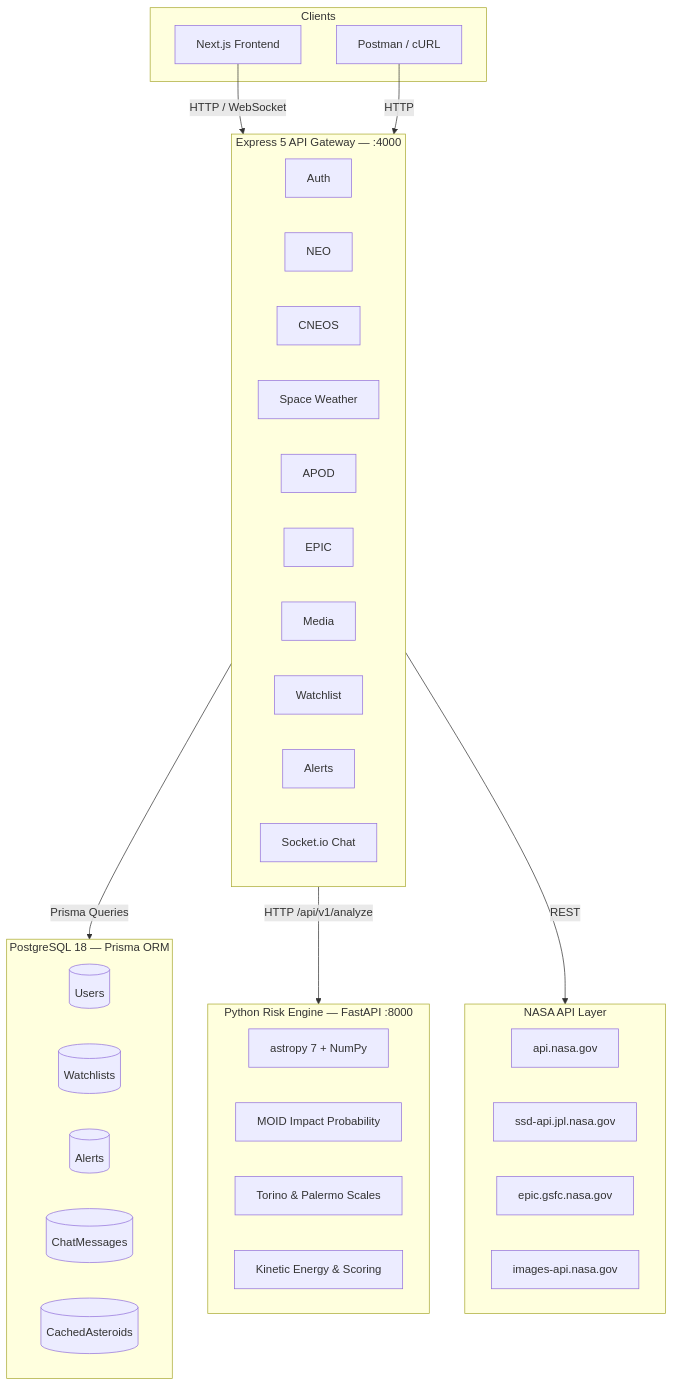
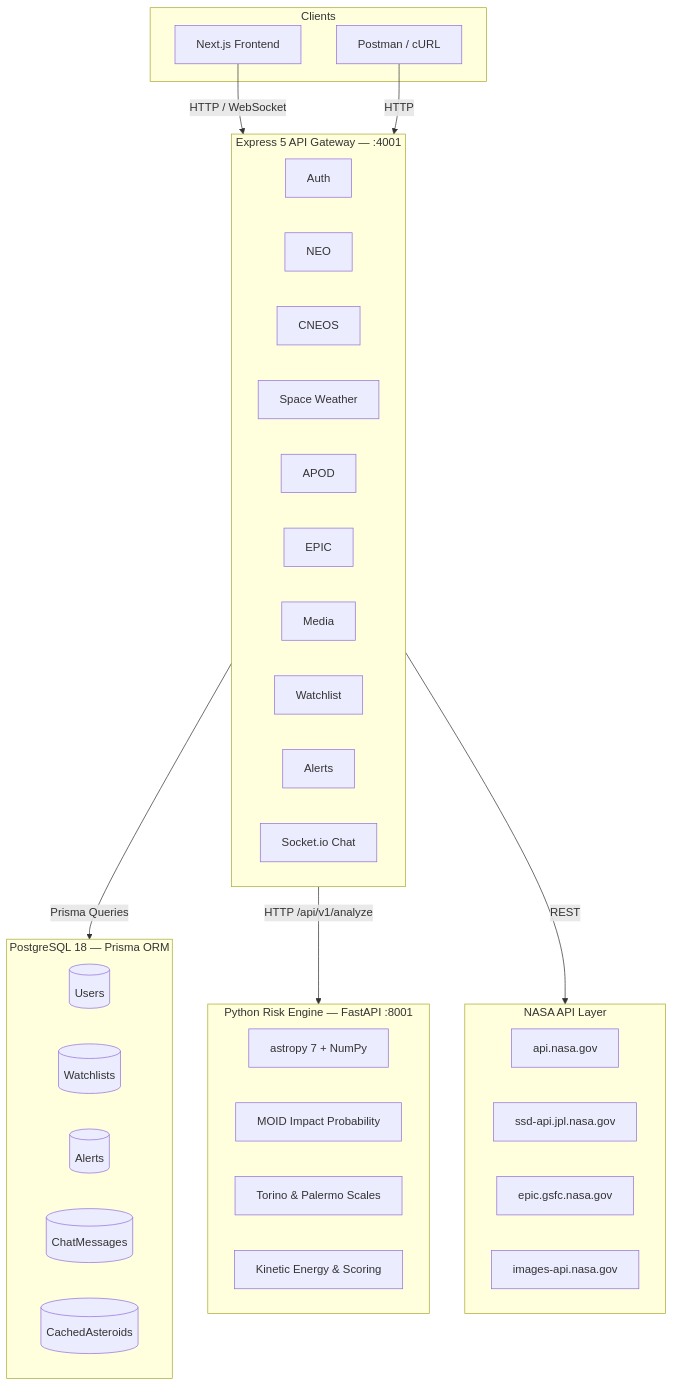
One commit to rudra-sah00/cosmic-watch-backend changed the first of 4 diagrams in README.md. Above: the diagram before and after it, drawn with Mermaid. The commit also changed other lines of this file and 8 other files, not shown here.

````diff
--- a/README.md
+++ b/README.md
@@ -20,49 +20,49 @@
 ```mermaid
 graph TB
     subgraph Clients
         FE["Next.js Frontend"]
         PM["Postman / cURL"]
     end
 
-    subgraph Gateway["Express 5 API Gateway — :4000"]
+    subgraph Gateway["Express 5 API Gateway — :4001"]
         direction LR
         AUTH["Auth"]
         NEO["NEO"]
         CNEOS["CNEOS"]
         SW["Space Weather"]
         APOD["APOD"]
         EPIC["EPIC"]
         MEDIA["Media"]
         WL["Watchlist"]
         AL["Alerts"]
         WS["Socket.io Chat"]
     end
 
     subgraph DB["PostgreSQL 18 — Prisma ORM"]
         Users[(Users)]
         Watchlists[(Watchlists)]
         Alerts[(Alerts)]
         Chat[(ChatMessages)]
         Cache[(CachedAsteroids)]
     end
 
-    subgraph RE["Python Risk Engine — FastAPI :8000"]
+    subgraph RE["Python Risk Engine — FastAPI :8001"]
         ASTRO["astropy 7 + NumPy"]
         MOID["MOID Impact Probability"]
         SCALES["Torino & Palermo Scales"]
         KE["Kinetic Energy & Scoring"]
     end
 
     subgraph NASA["NASA API Layer"]
         N1["api.nasa.gov"]
         N2["ssd-api.jpl.nasa.gov"]
         N3["epic.gsfc.nasa.gov"]
         N4["images-api.nasa.gov"]
     end
 
     FE -- "HTTP / WebSocket" --> Gateway
     PM -- "HTTP" --> Gateway
     Gateway -- "Prisma Queries" --> DB
     Gateway -- "HTTP /api/v1/analyze" --> RE
     Gateway -- "REST" --> NASA
 ```
````
